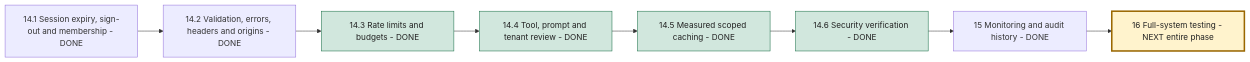
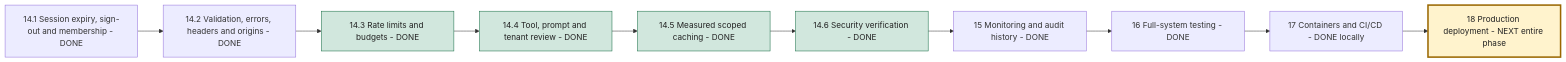
Before and after one commit to msdian0007/nexaAi: the sixth of 7 diagrams in NEXAAI_ROADMAP.md, drawn with Mermaid. The commit also changed other lines of this file and 2 other files, not shown here.

Commit message:
docs(phase-17 step-17.5): document migration deployment and rollback

````diff
--- a/NEXAAI_ROADMAP.md
+++ b/NEXAAI_ROADMAP.md
@@ -403,15 +411,17 @@
 ```mermaid
 flowchart LR
     A[14.1 Session expiry, sign-out and membership - DONE] --> B[14.2 Validation, errors, headers and origins - DONE]
     B --> C[14.3 Rate limits and budgets - DONE]
     C --> D[14.4 Tool, prompt and tenant review - DONE]
     D --> E[14.5 Measured scoped caching - DONE]
     E --> F[14.6 Security verification - DONE]
     F --> G[15 Monitoring and audit history - DONE]
-    G --> H[16 Full-system testing - NEXT entire phase]
+    G --> H[16 Full-system testing - DONE]
+    H --> I[17 Containers and CI/CD - DONE locally]
+    I --> J[18 Production deployment - NEXT entire phase]
     style C fill:#d1e7dd,stroke:#146c43,color:#222
     style D fill:#d1e7dd,stroke:#146c43,color:#222
     style E fill:#d1e7dd,stroke:#146c43,color:#222
     style F fill:#d1e7dd,stroke:#146c43,color:#222
-    style H fill:#fff3cd,stroke:#9a6700,stroke-width:3px,color:#222
+    style J fill:#fff3cd,stroke:#9a6700,stroke-width:3px,color:#222
 ```
````
